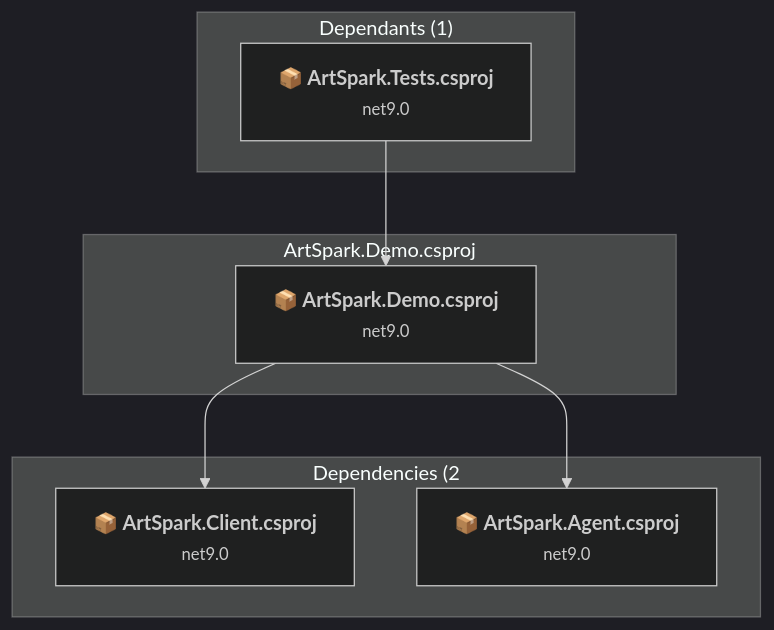
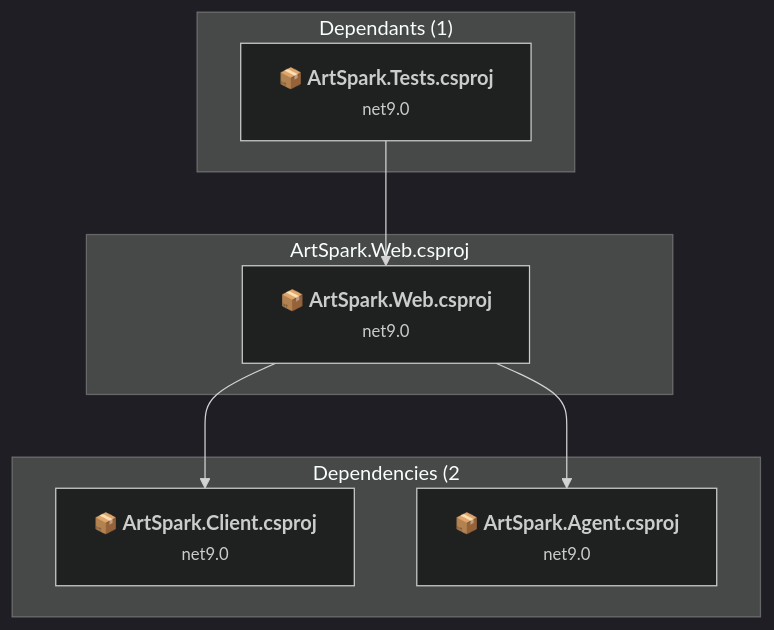
The fifth of 6 diagrams in .github/upgrades/assessment.md (MakeBoldSolutions/ArtSpark), drawn with Mermaid (dark theme) before and after one commit. The commit also changed other lines of this file and 145 other files, not shown here.

First line of the commit message:
Refactor user profile management to ArtSpark.Web

````diff
--- a/.github/upgrades/assessment.md
+++ b/.github/upgrades/assessment.md
@@ -202,21 +202,21 @@
 ```mermaid
 flowchart TB
     subgraph upstream["Dependants (1)"]
         P5["<b>📦&nbsp;ArtSpark.Tests.csproj</b><br/><small>net9.0</small>"]
         click P5 "#websparkartsparktestswebsparkartsparktestscsproj"
     end
-    subgraph current["ArtSpark.Demo.csproj"]
-        MAIN["<b>📦&nbsp;ArtSpark.Demo.csproj</b><br/><small>net9.0</small>"]
+    subgraph current["ArtSpark.Web.csproj"]
+        MAIN["<b>📦&nbsp;ArtSpark.Web.csproj</b><br/><small>net9.0</small>"]
         click MAIN "#websparkartsparkdemowebsparkartsparkdemocsproj"
     end
     subgraph downstream["Dependencies (2"]
         P2["<b>📦&nbsp;ArtSpark.Client.csproj</b><br/><small>net9.0</small>"]
         P4["<b>📦&nbsp;ArtSpark.Agent.csproj</b><br/><small>net9.0</small>"]
         click P2 "#websparkartsparkclientwebsparkartsparkclientcsproj"
         click P4 "#websparkartsparkagentwebsparkartsparkagentcsproj"
     end
     P5 --> MAIN
     MAIN --> P2
     MAIN --> P4
 
 ```
````
